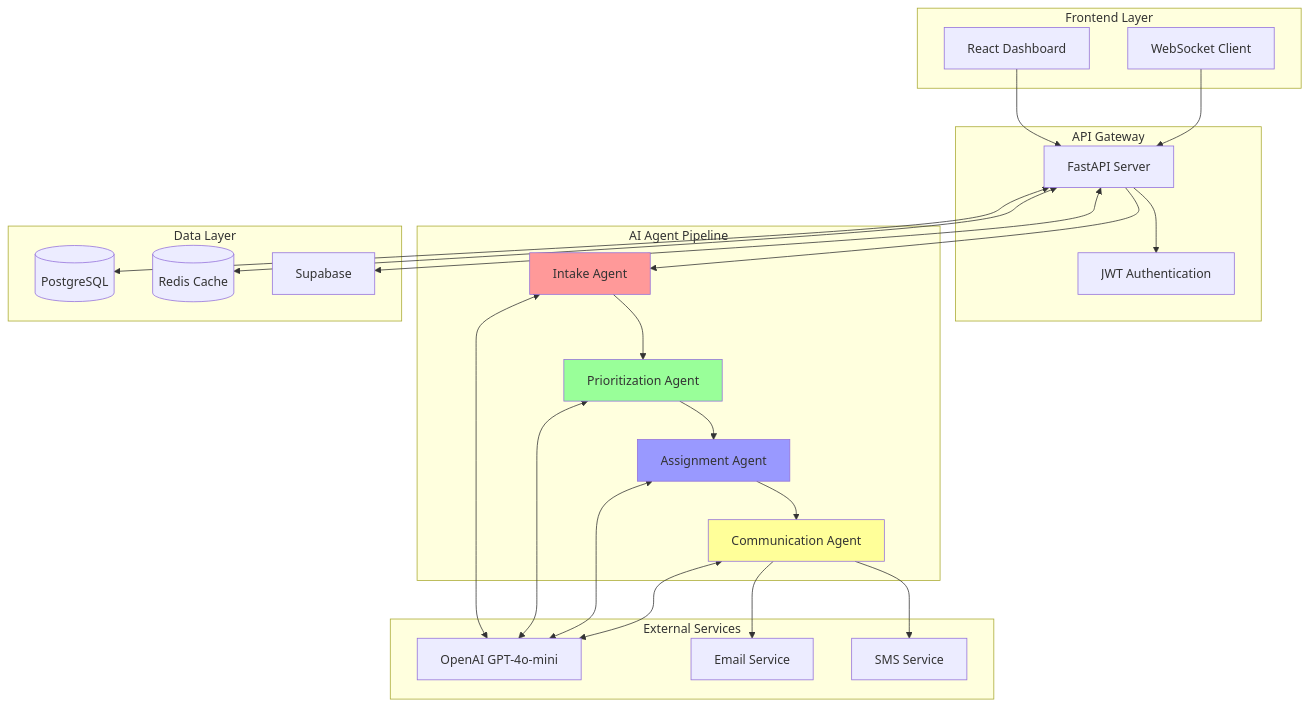
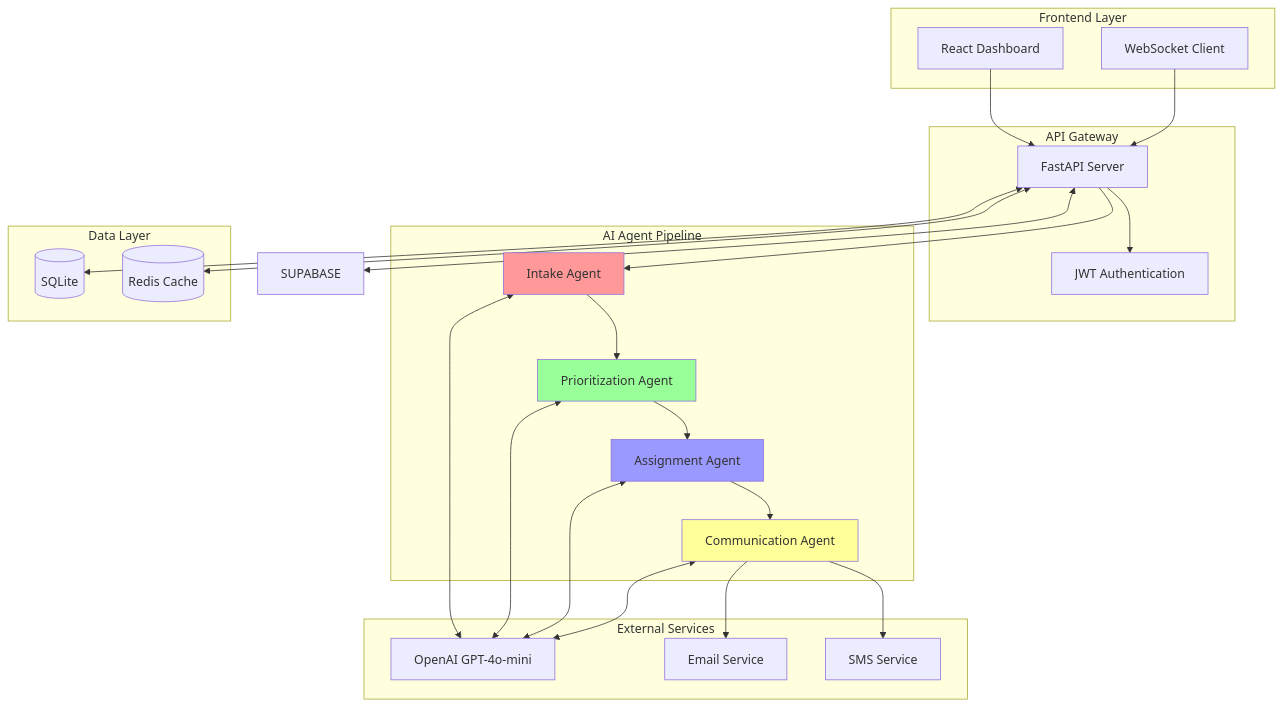
One commit to OutllierRejects/IntelliHack-2025-Final-Round-Challenge changed the first of 8 diagrams in README.md. Above: the diagram before and after it, drawn with Mermaid. The commit also changed other lines of this file and 14 other files, not shown here.

````diff
--- a/README.md
+++ b/README.md
@@ -7,56 +7,55 @@
 ```mermaid
 graph TB
     subgraph "Frontend Layer"
         UI[React Dashboard]
         WS[WebSocket Client]
     end
 
     subgraph "API Gateway"
         API[FastAPI Server]
         AUTH[JWT Authentication]
     end
 
     subgraph "AI Agent Pipeline"
         IA[Intake Agent]
         PA[Prioritization Agent]
         AA[Assignment Agent]
         CA[Communication Agent]
     end
 
     subgraph "Data Layer"
-        DB[(PostgreSQL)]
+        DB[(SQLite)]
         REDIS[(Redis Cache)]
-        SUPABASE[Supabase]
     end
 
     subgraph "External Services"
         OPENAI[OpenAI GPT-4o-mini]
         EMAIL[Email Service]
         SMS[SMS Service]
     end
 
     UI --> API
     WS --> API
     API --> AUTH
     API --> IA
     IA --> PA
     PA --> AA
     AA --> CA
 
     IA <--> OPENAI
     PA <--> OPENAI
     AA <--> OPENAI
     CA <--> OPENAI
 
     API <--> DB
     API <--> REDIS
     API <--> SUPABASE
 
     CA --> EMAIL
     CA --> SMS
 
     style IA fill:#ff9999
     style PA fill:#99ff99
     style AA fill:#9999ff
     style CA fill:#ffff99
 ```
````
